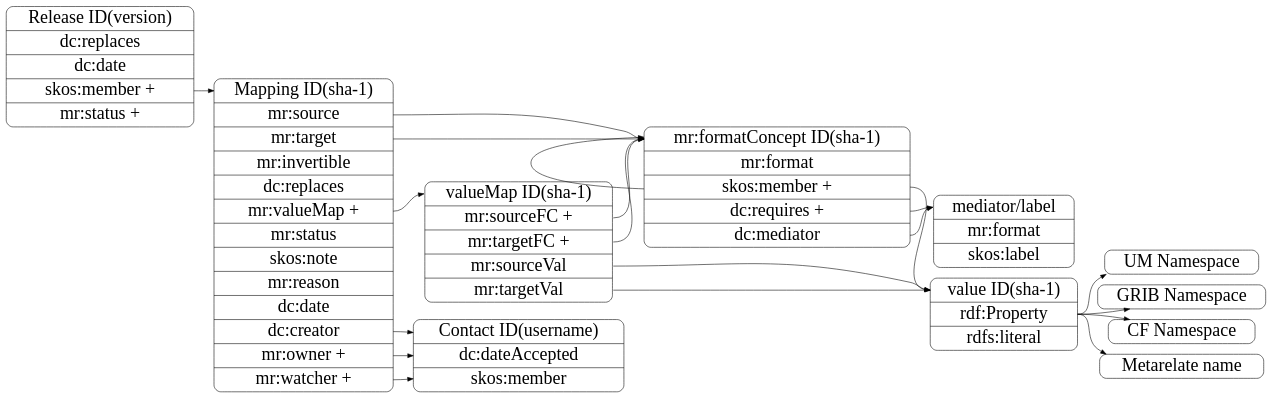
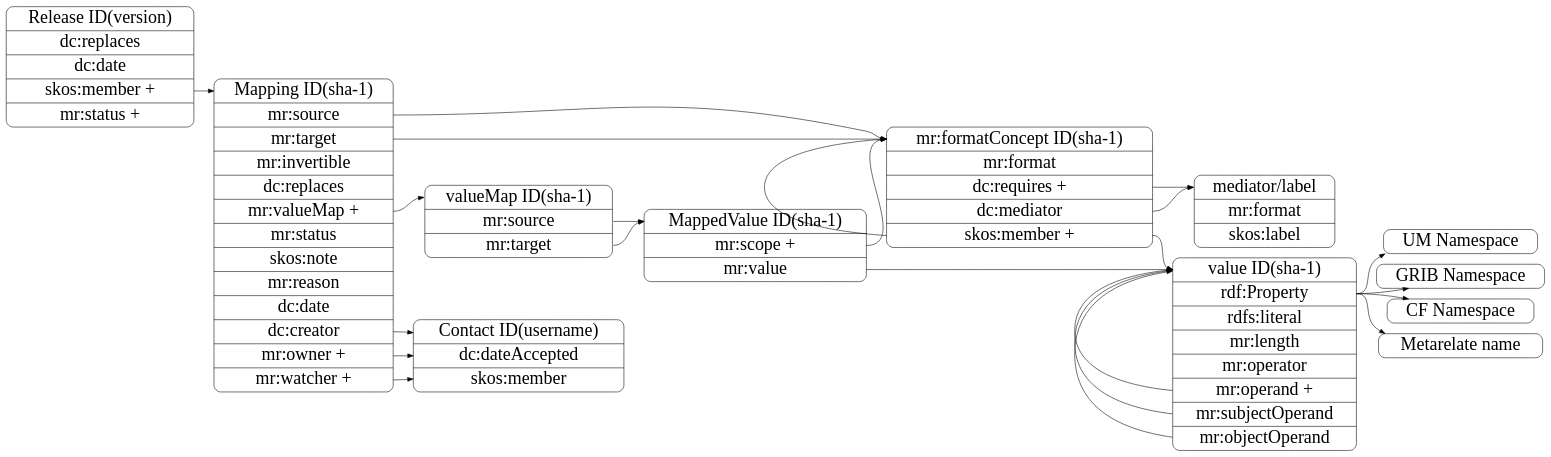
The diagram in docs/source/developer/design/records.dot (metarelate/metOcean-mapping), drawn with Graphviz before and after one commit. The commit also changed 8 other files, not shown here.

```diff
--- a/docs/source/developer/design/records.dot
+++ b/docs/source/developer/design/records.dot
@@ -1,94 +1,103 @@
 digraph records {
 
 ## basic setup 
 
    	rankdir = LR;
         node [
         fontsize = 32,
         shape = Mrecord
         ];
 
         edge [
         fontsize = 24
         ];
 
 ## class definitions
 
    	value [
-	label = "<title> value ID(sha-1) |<prop> rdf:Property | rdfs:literal"
+	label = "<title> value ID(sha-1) |<prop> rdf:Property | rdfs:literal| mr:length|<o> mr:operator |<op> mr:operand +|<sub> mr:subjectOperand |<ob> mr:objectOperand"
 	];
 
    	formatconcept [
-	label = "<title> mr:formatConcept ID(sha-1) |<format> mr:format |<component> skos:member +|<req> dc:requires +|<med> dc:mediator"
+	label = "<title> mr:formatConcept ID(sha-1) |<format> mr:format |<req> dc:requires +|<med> dc:mediator|<component> skos:member +"
 	];
 
         mediator [
 	label = "<title> mediator/label |<format> mr:format|<label> skos:label  "
 	];
 
 	valuemap [
-	label = "<title> valueMap ID(sha-1) |<sourcefc> mr:sourceFC +|<targetfc> mr:targetFC +|<sourceval> mr:sourceVal |<targetval> mr:targetVal "
+	label = "<title> valueMap ID(sha-1) |<source> mr:source |<target> mr:target" 
+	];
+
+	mappedvalue [
+	label = "<title> MappedValue ID(sha-1) |<scope> mr:scope +|<val> mr:value"
 	];
 
 	mapping [
 	label = "<title> Mapping ID(sha-1) |<source> mr:source |<target> mr:target |mr:invertible | dc:replaces  |<valmap> mr:valueMap +|mr:status |skos:note |mr:reason |dc:date |<c> dc:creator |<o> mr:owner + |<w> mr:watcher +"
 	];
 
 
 	release [
 	label = "<title> Release ID(version)|dc:replaces|dc:date|<con>skos:member + |mr:status +"
 	];
 
 	contact [
 	label = "<title> Contact ID(username) | dc:dateAccepted | skos:member"
 	];
 
 	um [
 	label = "UM Namespace"
 	];
 
 	grib [
 	label = "GRIB Namespace"
 	];
 
 	cf [
 	label = "CF Namespace"
 	];
 
 	mrnamed [
 	label = "Metarelate name"
 	];
 
 ## relations
 
 
 	release:con -> mapping:title
 	
 	mapping:source -> formatconcept:title
 
 	mapping:target -> formatconcept:title
 
 	formatconcept:component -> formatconcept:title
 
 	formatconcept:component -> value:title
 
 	formatconcept:med -> mediator:title
 	formatconcept:req -> mediator:title
 
 	mapping:valmap -> valuemap:title
 
-	valuemap:sourceval -> value:title
-	valuemap:sourcefc -> formatconcept:title
-	valuemap:targetval -> value:title
-	valuemap:targetfc -> formatconcept:title
+	valuemap:source -> mappedvalue:title
+	valuemap:target -> mappedvalue:title
+
+	mappedvalue:scope -> formatconcept:title
+	mappedvalue:val -> value:title
 
 	value:prop -> um
 	value:prop -> grib
 	value:prop -> cf
 	value:prop -> mrnamed
 
 	mapping:c -> contact
 	mapping:o -> contact
 	mapping:w -> contact
 
+	value:op -> value:title
+	value:sub -> value:title
+	value:ob -> value:title
+
 }
```
